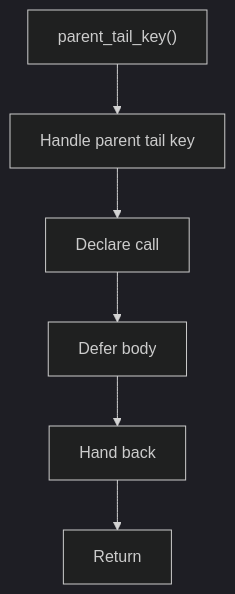
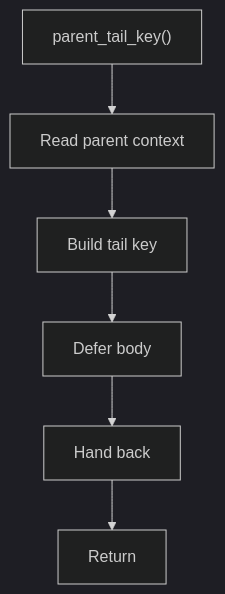
Before and after one commit to JohnAndrewBalbarosa/NeoTerritory: the diagram in docs/Codebase/Microservice/Modules/Header/HashingMechanism/HashLinks/Internal/Flow/functions/parent_tail_key.hpp.md, drawn with Mermaid (dark theme). The commit also changed other lines of this file and 147 other files, not shown here.

````diff
--- a/docs/Codebase/Microservice/Modules/Header/HashingMechanism/HashLinks/Internal/Flow/functions/parent_tail_key.hpp.md
+++ b/docs/Codebase/Microservice/Modules/Header/HashingMechanism/HashLinks/Internal/Flow/functions/parent_tail_key.hpp.md
@@ -16,14 +22,14 @@
 ```mermaid
 flowchart TD
     Start["parent_tail_key()"]
-    N0["Handle parent tail key"]
-    N1["Declare call"]
+    N0["Read parent context"]
+    N1["Build tail key"]
     N2["Defer body"]
     N3["Hand back"]
     End["Return"]
     Start --> N0
     N0 --> N1
     N1 --> N2
     N2 --> N3
     N3 --> End
 ```
````
